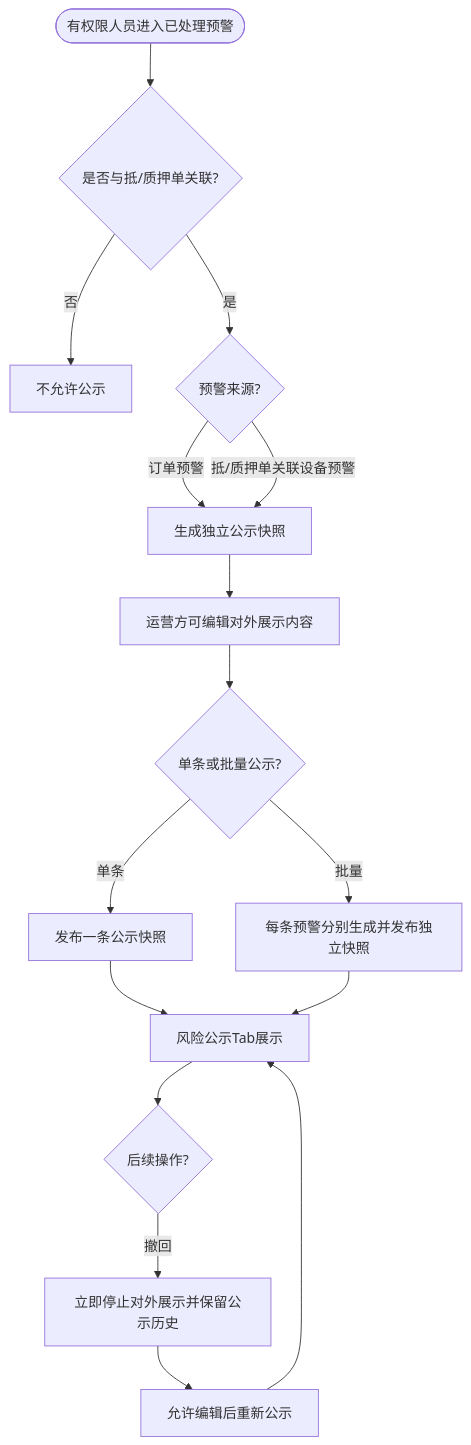
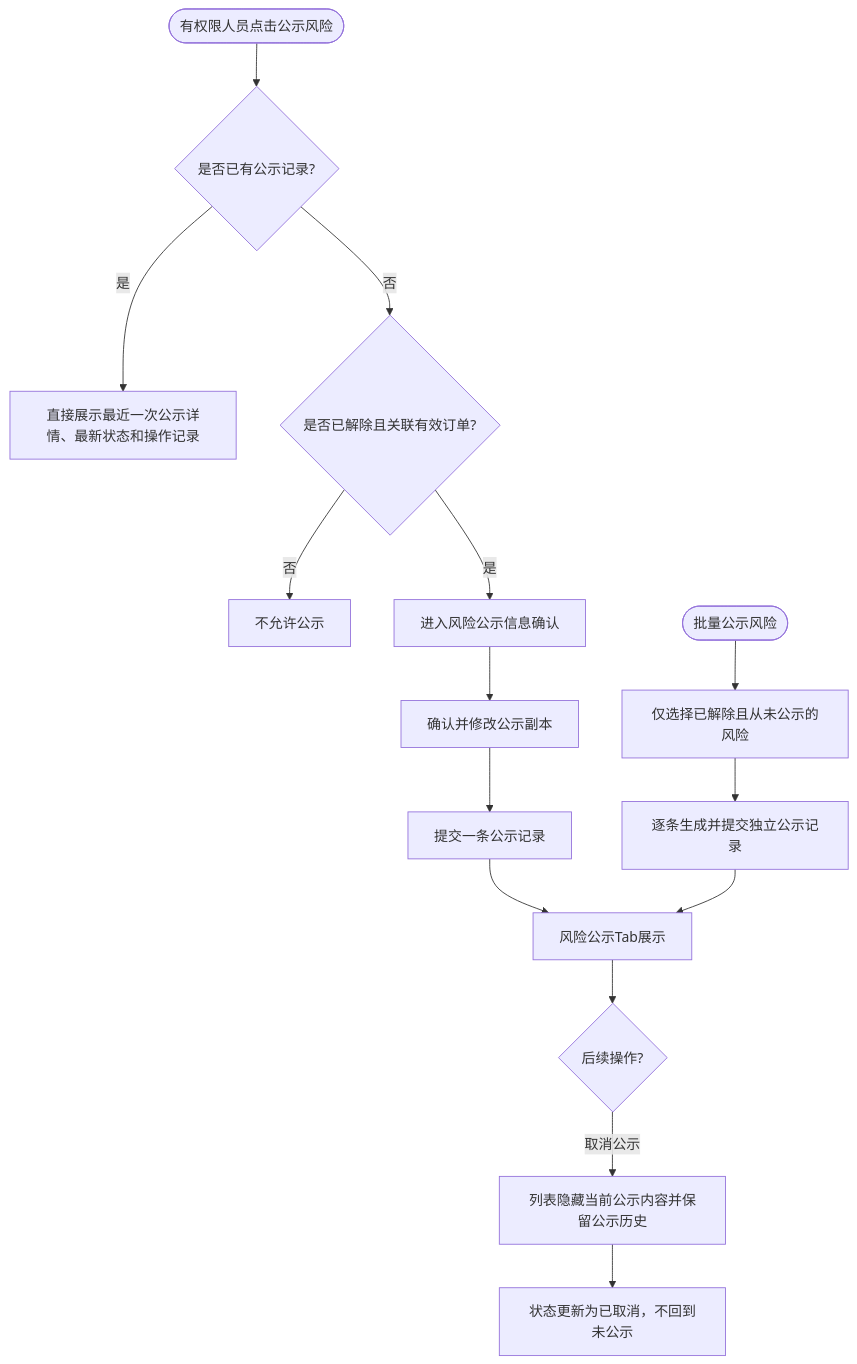
Before and after one commit to RobertHuang999/SYZC: diagram 22 of 22 in 01-项目背景/06-核心业务场景和流程.md, drawn with Mermaid. The commit also changed other lines of this file and 1232 other files, not shown here.

````diff
--- a/01-项目背景/06-核心业务场景和流程.md
+++ b/01-项目背景/06-核心业务场景和流程.md
@@ -951,18 +953,17 @@
 ```mermaid
 flowchart TD
-    A([有权限人员进入已处理预警]) --> B{是否与抵/质押单关联?}
-    B -- 否 --> C[不允许公示]
-    B -- 是 --> D{预警来源?}
-    D -- 订单预警 --> E[生成独立公示快照]
-    D -- 抵/质押单关联设备预警 --> E
-    E --> F[运营方可编辑对外展示内容]
-    F --> G{单条或批量公示?}
-    G -- 单条 --> H[发布一条公示快照]
-    G -- 批量 --> I[每条预警分别生成并发布独立快照]
-    H --> J[风险公示Tab展示]
-    I --> J
-    J --> K{后续操作?}
-    K -- 撤回 --> L[立即停止对外展示并保留公示历史]
-    L --> M[允许编辑后重新公示]
-    M --> J
+    A([有权限人员点击公示风险]) --> B{是否已有公示记录?}
+    B -- 是 --> C[直接展示最近一次公示详情、最新状态和操作记录]
+    B -- 否 --> D{是否已解除且关联有效订单?}
+    D -- 否 --> E[不允许公示]
+    D -- 是 --> F[进入风险公示信息确认]
+    F --> G[确认并修改公示副本]
+    G --> H[提交一条公示记录]
+    H --> I[风险公示Tab展示]
+    J([批量公示风险]) --> K[仅选择已解除且从未公示的风险]
+    K --> L[逐条生成并提交独立公示记录]
+    L --> I
+    I --> M{后续操作?}
+    M -- 取消公示 --> N[列表隐藏当前公示内容并保留公示历史]
+    N --> O[状态更新为已取消，不回到未公示]
 ```
````
